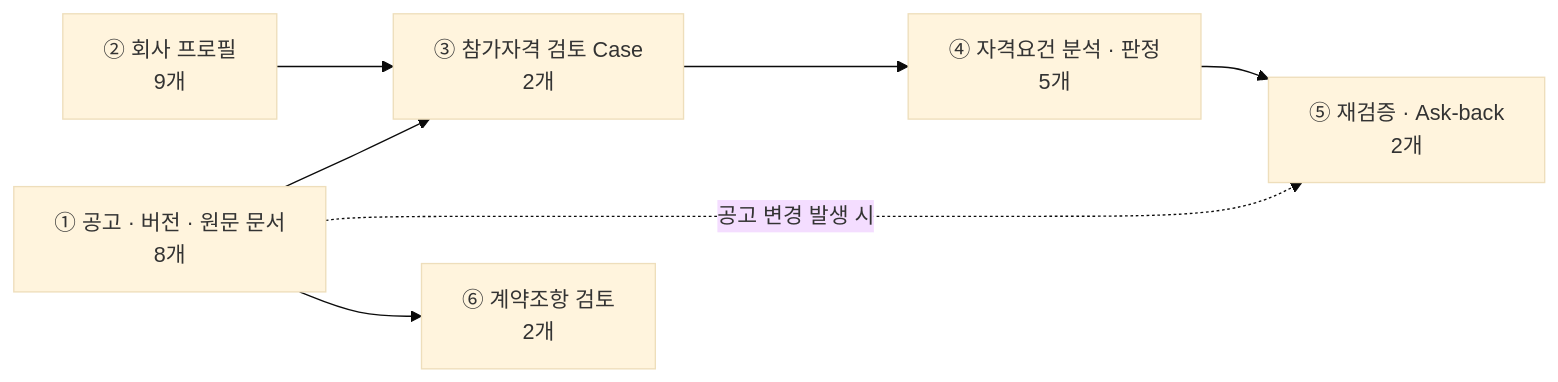
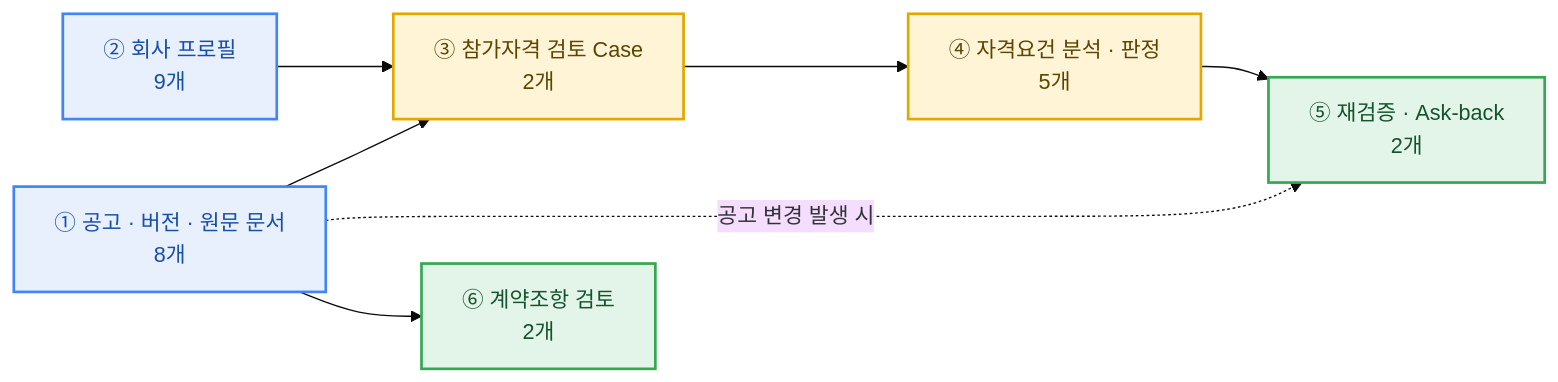
One commit to SKNETWORKS-FAMILY-AICAMP/SKN34-3rd-4Team changed the first of 3 diagrams in README.md. Above: the diagram before and after it, drawn with Mermaid (base theme). The commit also changed other lines of this file, not shown here.

````diff
--- a/README.md
+++ b/README.md
@@ -371,9 +436,16 @@
 ```mermaid
 flowchart LR
     A["① 공고 · 버전 · 원문 문서<br/>8개"] --> C["③ 참가자격 검토 Case<br/>2개"]
     B["② 회사 프로필<br/>9개"] --> C
     C --> D["④ 자격요건 분석 · 판정<br/>5개"]
     D --> E["⑤ 재검증 · Ask-back<br/>2개"]
     A -. "공고 변경 발생 시" .-> E
     A --> F["⑥ 계약조항 검토<br/>2개"]
+
+    classDef src fill:#e8f0fe,stroke:#4285f4,stroke-width:2px,color:#174ea6
+    classDef core fill:#fff4d6,stroke:#e0a800,stroke-width:2px,color:#5c4500
+    classDef out fill:#e3f5e8,stroke:#34a853,stroke-width:2px,color:#14532d
+    class A,B src
+    class C,D core
+    class E,F out
 ```
````
